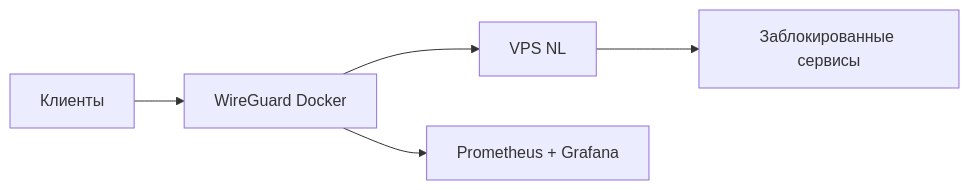
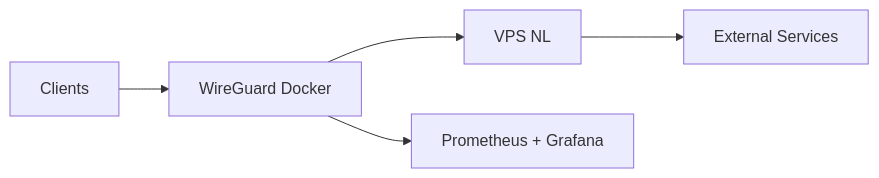
The diagram in content/posts/vpn-services/index.md (ru-admin/ru-admin.github.io), drawn with Mermaid before and after one commit. The commit also changed other lines of this file and 1 other file, not shown here.

Commit message:
post: vpn services + eng version

```diff
--- a/content/posts/vpn-services/index.md
+++ b/content/posts/vpn-services/index.md
@@ -103,7 +84,7 @@
 {{< mermaid align="center" >}}
 graph LR
-    A[Клиенты] --> B[WireGuard Docker]
+    A[Clients] --> B[WireGuard Docker]
     B --> C[VPS NL]
-    C --> D[Заблокированные сервисы]
+    C --> D[External Services]
     B --> E[Prometheus + Grafana]
 {{< /mermaid >}}
```
